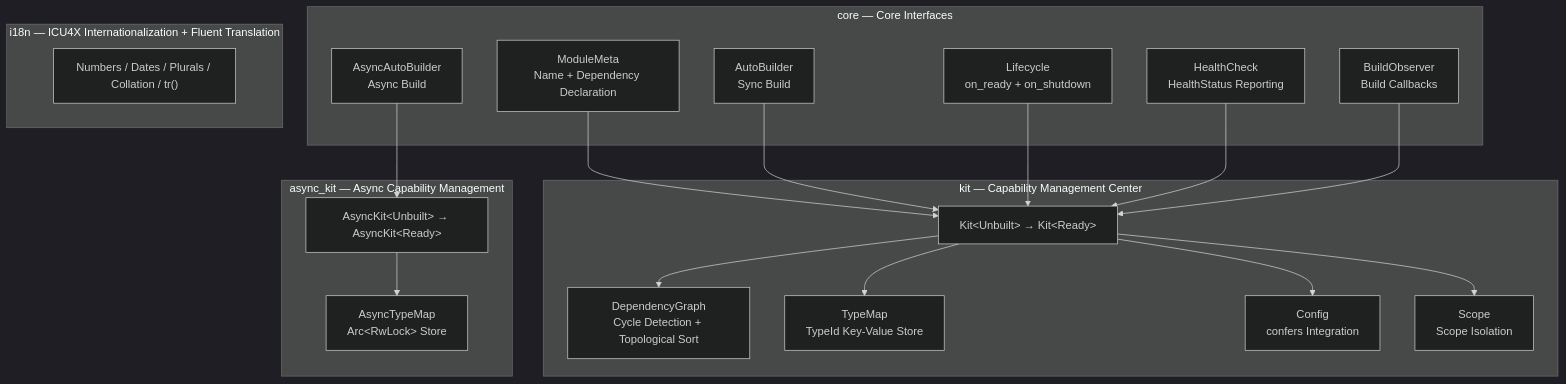
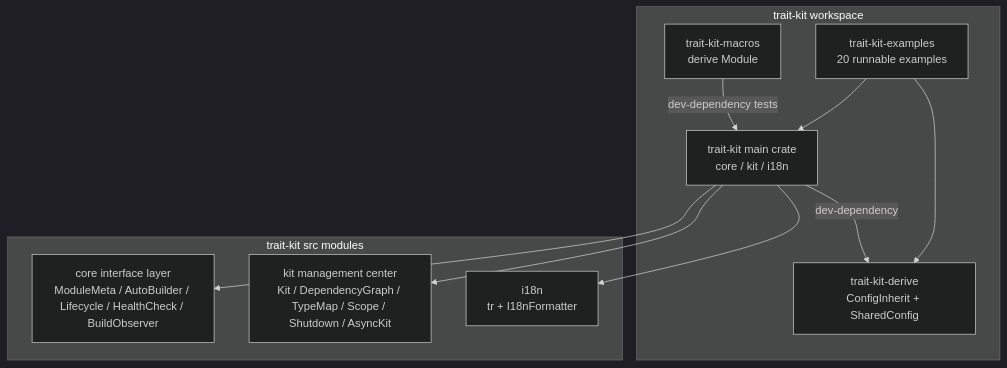
The first of 3 diagrams in README_EN.md (Kirky-X/trait-kit), drawn with Mermaid (dark theme) before and after one commit. The commit also changed other lines of this file and 1 other file, not shown here.

Commit message:
docs(trait-kit): 重写中英双语 README — workspace 四成员架构图与 build() 生命周期时序图、18 个特性全表补齐 report/presets/compose/negotiate、性能基线表对齐 PERFORMANCE.md；README 代码块全部通过 doctest 实测，最小依赖表述改为 default=[] 零默认依赖事实

````diff
--- a/README_EN.md
+++ b/README_EN.md
@@ -292,40 +379,23 @@
 ```mermaid
-graph TB
-    subgraph core["core — Core Interfaces"]
-        MM[ModuleMeta<br/>Name + Dependency Declaration]
-        AB[AutoBuilder<br/>Sync Build]
-        AAB[AsyncAutoBuilder<br/>Async Build]
-        LC[Lifecycle<br/>on_ready + on_shutdown]
-        HC[HealthCheck<br/>HealthStatus Reporting]
-        OBS[BuildObserver<br/>Build Callbacks]
+flowchart TD
+    subgraph ws["trait-kit workspace"]
+        TK["trait-kit main crate<br/>core / kit / i18n"]
+        DER["trait-kit-derive<br/>ConfigInherit + SharedConfig"]
+        MAC["trait-kit-macros<br/>derive Module"]
+        EX["trait-kit-examples<br/>20 runnable examples"]
     end
 
-    subgraph kit["kit — Capability Management Center"]
-        K[Kit&lt;Unbuilt&gt; → Kit&lt;Ready&gt;]
-        DG[DependencyGraph<br/>Cycle Detection + Topological Sort]
-        TM[TypeMap<br/>TypeId Key-Value Store]
-        CFG[Config<br/>confers Integration]
-        SC[Scope<br/>Scope Isolation]
+    subgraph tk["trait-kit src modules"]
+        CORE["core interface layer<br/>ModuleMeta / AutoBuilder / Lifecycle / HealthCheck / BuildObserver"]
+        KIT["kit management center<br/>Kit / DependencyGraph / TypeMap / Scope / Shutdown / AsyncKit"]
+        I18N["i18n<br/>tr + I18nFormatter"]
     end
 
-    subgraph async_kit["async_kit — Async Capability Management"]
-        AK[AsyncKit&lt;Unbuilt&gt; → AsyncKit&lt;Ready&gt;]
-        ATM[AsyncTypeMap<br/>Arc&lt;RwLock&gt; Store]
-    end
-
-    subgraph i18n_mod["i18n — ICU4X Internationalization + Fluent Translation"]
-        I18N["Numbers / Dates / Plurals / Collation / tr()"]
-    end
-
-    MM --> K
-    AB --> K
-    AAB --> AK
-    LC --> K
-    HC --> K
-    OBS --> K
-    K --> DG
-    K --> TM
-    K --> CFG
-    K --> SC
-    AK --> ATM
+    TK --> CORE
+    TK --> KIT
+    TK --> I18N
+    TK -->|"dev-dependency"| DER
+    MAC -->|"dev-dependency tests"| TK
+    EX --> TK
+    EX --> DER
 ```
````
